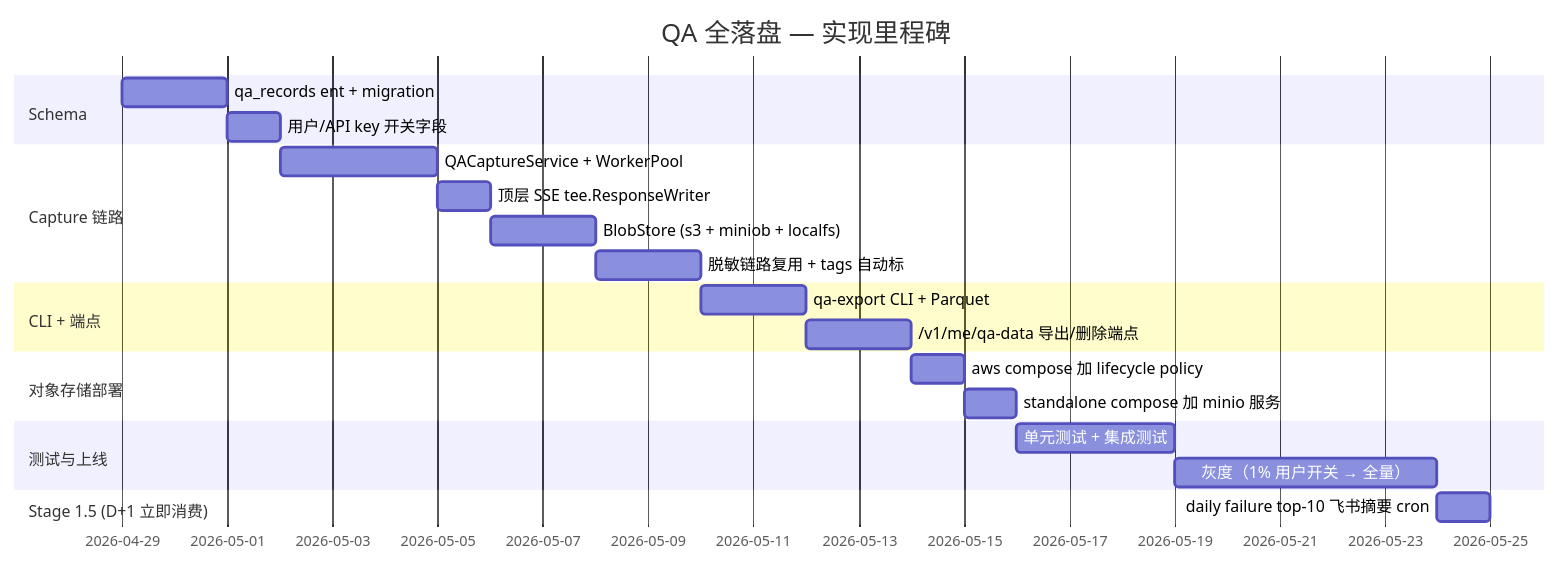
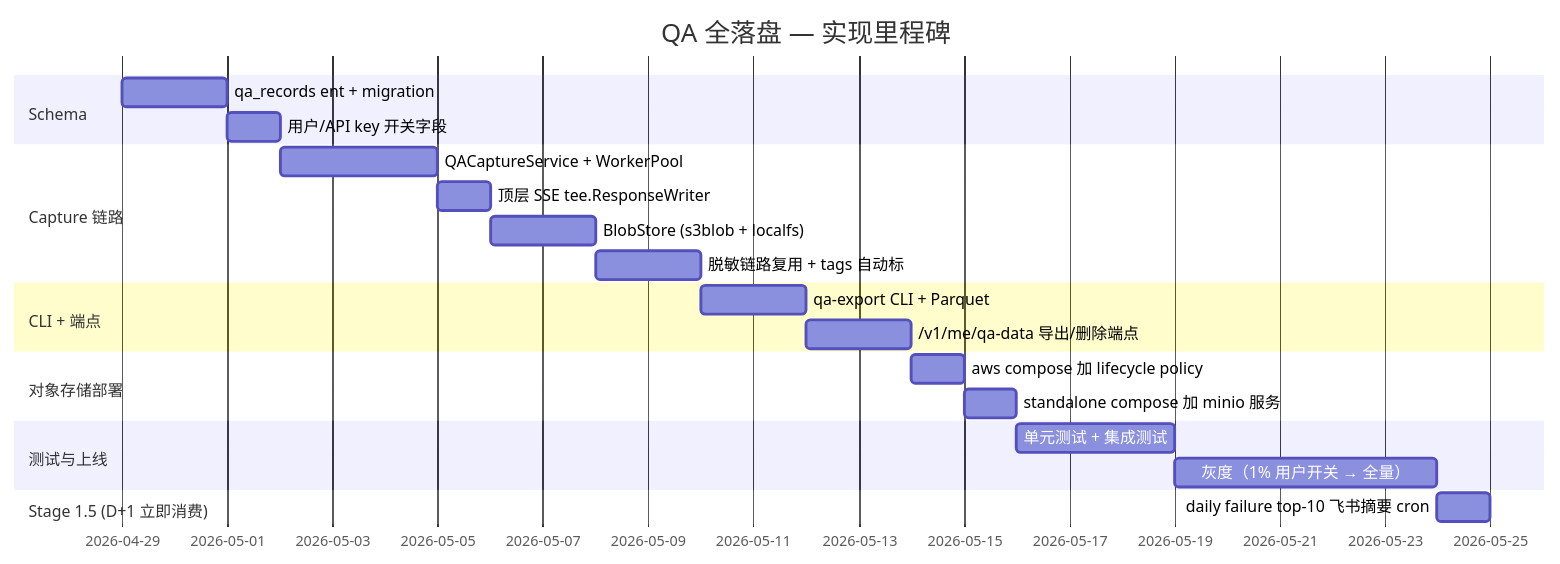
Before and after one commit to youxuanxue/sub2api: the second of 2 diagrams in docs/approved/ops-qa-full-capture.md, drawn with Mermaid. The commit also changed other lines of this file and 2 other files, not shown here.

````diff
--- a/docs/approved/ops-qa-full-capture.md
+++ b/docs/approved/ops-qa-full-capture.md
@@ -604,24 +619,24 @@
 ```mermaid
 gantt
     title QA 全落盘 — 实现里程碑
     dateFormat YYYY-MM-DD
     section Schema
     qa_records ent + migration         :s1, 2026-04-29, 2d
     用户/API key 开关字段              :s2, after s1, 1d
     section Capture 链路
     QACaptureService + WorkerPool     :c1, after s2, 3d
     顶层 SSE tee.ResponseWriter        :c2, after c1, 0.5d
-    BlobStore (s3 + miniob + localfs) :c3, after c2, 2d
+    BlobStore (s3blob + localfs)      :c3, after c2, 2d
     脱敏链路复用 + tags 自动标         :c4, after c3, 2d
     section CLI + 端点
     qa-export CLI + Parquet           :e1, after c4, 2d
     /v1/me/qa-data 导出/删除端点      :e2, after e1, 2d
     section 对象存储部署
     aws compose 加 lifecycle policy   :d1, after e2, 1d
     standalone compose 加 minio 服务  :d2, after d1, 1d
     section 测试与上线
     单元测试 + 集成测试               :t1, after d2, 3d
     灰度（1% 用户开关 → 全量）        :t2, after t1, 5d
     section Stage 1.5 (D+1 立即消费)
     daily failure top-10 飞书摘要 cron :s15, after t2, 1d
 ```
````
